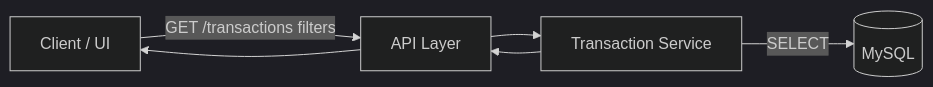
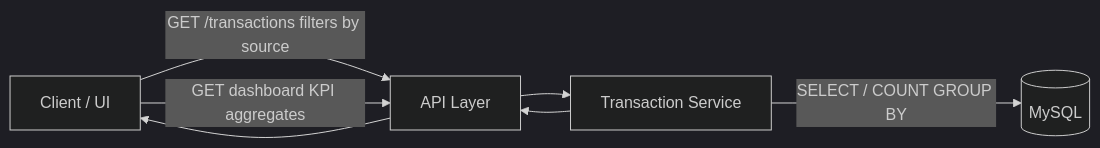
The fourth of 5 diagrams in docs/DFD-MVP.md (IamUsike/democd), drawn with Mermaid (dark theme) before and after one commit. The commit also changed other lines of this file and 10 other files, not shown here.

````diff
--- a/docs/DFD-MVP.md
+++ b/docs/DFD-MVP.md
@@ -104,13 +103,14 @@
 ```mermaid
 flowchart LR
   Client[Client / UI]
   API[API Layer]
   TxnSvc[Transaction Service]
   DB[(MySQL)]
 
-  Client -->|"GET /transactions filters"| API
+  Client -->|"GET /transactions filters by source"| API
+  Client -->|"GET dashboard KPI aggregates"| API
   API --> TxnSvc
-  TxnSvc -->|"SELECT"| DB
+  TxnSvc -->|"SELECT / COUNT GROUP BY"| DB
   TxnSvc --> API
   API --> Client
 ```
````
